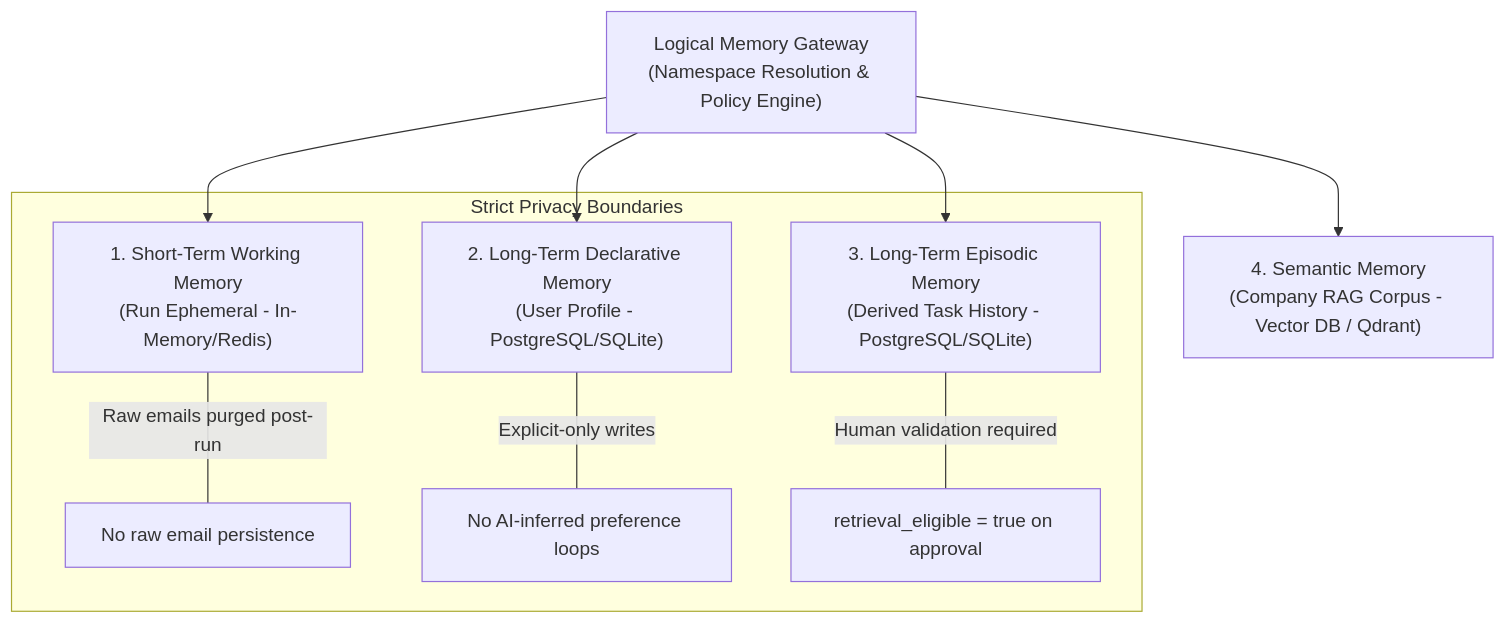
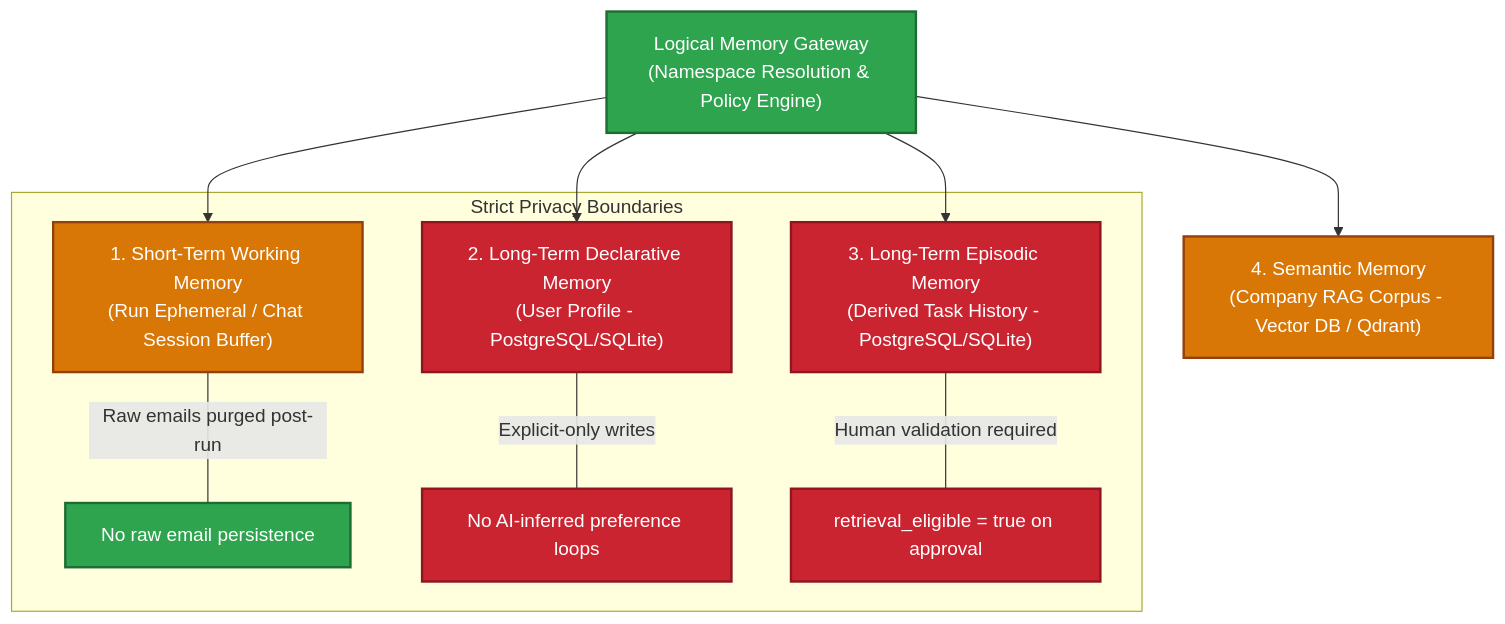
Before and after one commit to MathematicGuy/EMAIL-AGENT-v1: the first of 3 diagrams in docs/references/memory-system-and-chat-demo-analysis.md, drawn with Mermaid. The commit also changed other lines of this file, not shown here.

Commit message:
docs: update memory system implementation status

````diff
--- a/docs/references/memory-system-and-chat-demo-analysis.md
+++ b/docs/references/memory-system-and-chat-demo-analysis.md
@@ -22,15 +26,19 @@
 ```mermaid
 flowchart TD
-    GW["Logical Memory Gateway<br/>(Namespace Resolution & Policy Engine)"]
+    classDef green fill:#2ea44f,stroke:#1e6b33,stroke-width:2px,color:#ffffff;
+    classDef red fill:#cb2431,stroke:#8e1621,stroke-width:2px,color:#ffffff;
+    classDef yellow fill:#d97706,stroke:#92400e,stroke-width:2px,color:#ffffff;
 
-    GW --> WM["1. Short-Term Working Memory<br/>(Run Ephemeral - In-Memory/Redis)"]
-    GW --> DM["2. Long-Term Declarative Memory<br/>(User Profile - PostgreSQL/SQLite)"]
-    GW --> EM["3. Long-Term Episodic Memory<br/>(Derived Task History - PostgreSQL/SQLite)"]
-    GW --> SM["4. Semantic Memory<br/>(Company RAG Corpus - Vector DB / Qdrant)"]
+    GW["Logical Memory Gateway<br/>(Namespace Resolution & Policy Engine)"]:::green
+
+    GW --> WM["1. Short-Term Working Memory<br/>(Run Ephemeral / Chat Session Buffer)"]:::yellow
+    GW --> DM["2. Long-Term Declarative Memory<br/>(User Profile - PostgreSQL/SQLite)"]:::red
+    GW --> EM["3. Long-Term Episodic Memory<br/>(Derived Task History - PostgreSQL/SQLite)"]:::red
+    GW --> SM["4. Semantic Memory<br/>(Company RAG Corpus - Vector DB / Qdrant)"]:::yellow
 
     subgraph Boundaries["Strict Privacy Boundaries"]
-        WM ---|"Raw emails purged post-run"| WM_PURGE["No raw email persistence"]
-        DM ---|"Explicit-only writes"| DM_POLICY["No AI-inferred preference loops"]
-        EM ---|"Human validation required"| EM_GATE["retrieval_eligible = true on approval"]
+        WM ---|"Raw emails purged post-run"| WM_PURGE["No raw email persistence"]:::green
+        DM ---|"Explicit-only writes"| DM_POLICY["No AI-inferred preference loops"]:::red
+        EM ---|"Human validation required"| EM_GATE["retrieval_eligible = true on approval"]:::red
     end
 ```
````
